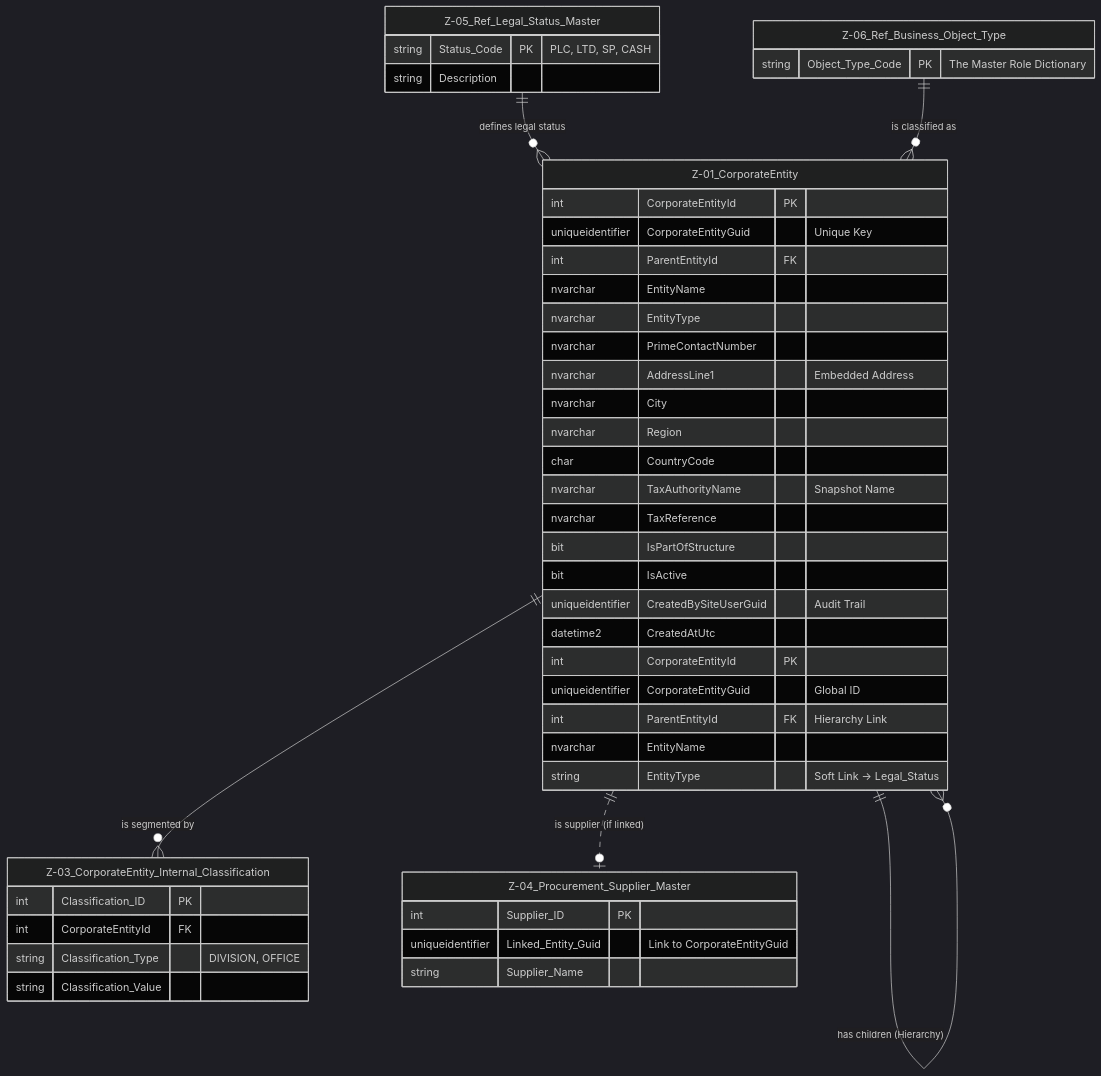
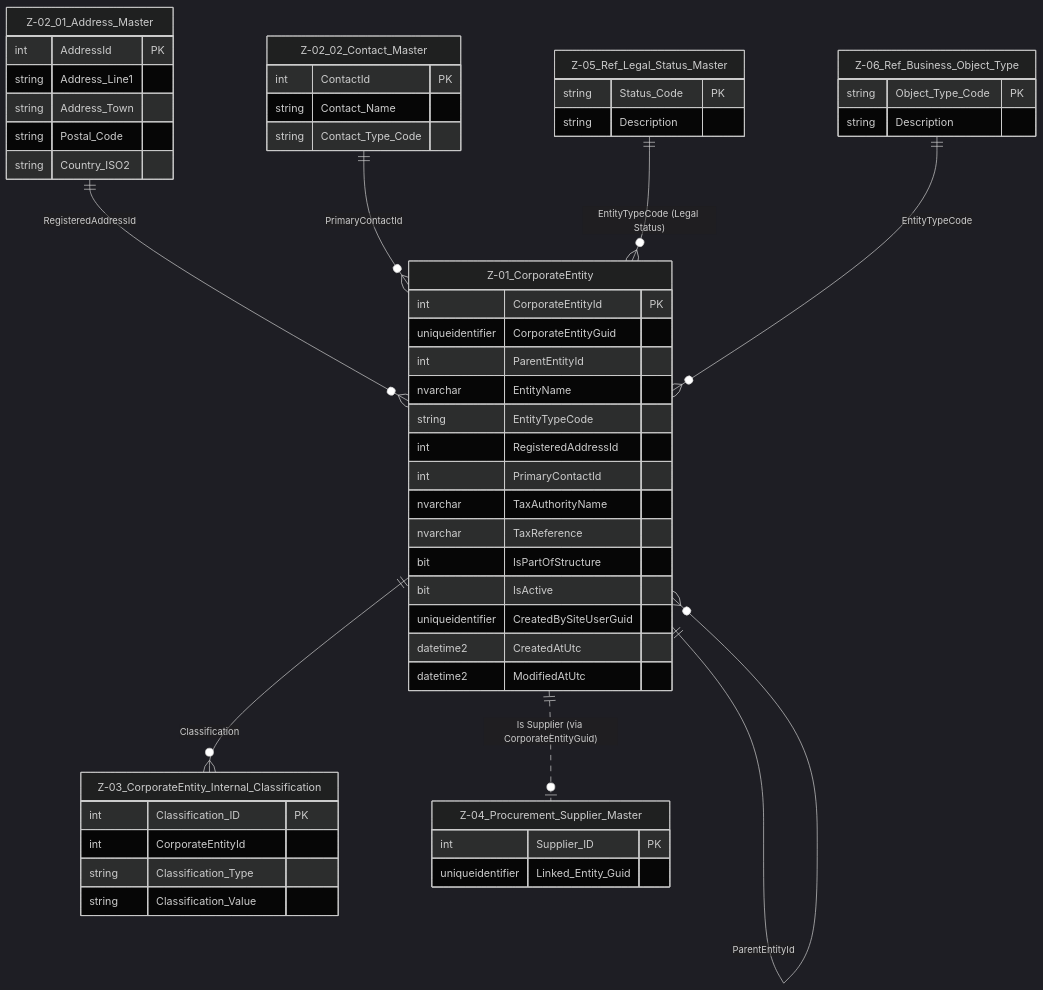
One commit to NeilWP/SUSTINA_CAB changed the diagram in 100 DATA MODELLING/Z- Data Entites/Corporate Domain/Z-01 CorporateEntity.md. Above: the diagram before and after it, drawn with Mermaid (dark theme). The commit also changed other lines of this file and 2 other files, not shown here.

Commit message:
Updating ERD for  Corporate Entity and Corp Entity History

````diff
--- a/100 DATA MODELLING/Z- Data Entites/Corporate Domain/Z-01 CorporateEntity.md
+++ b/100 DATA MODELLING/Z- Data Entites/Corporate Domain/Z-01 CorporateEntity.md
@@ -12,81 +44,91 @@
 ```mermaid
 erDiagram
-    %% =======================================================
-    %% THE CORE BUSINESS OBJECT
-    %% =======================================================
+
+    %% =======================================
+    %% CORPORATE ENTITY CORE
+    %% =======================================
     Z-01_CorporateEntity {
         int CorporateEntityId PK
-        uniqueidentifier CorporateEntityGuid "Unique Key"
-        int ParentEntityId FK
+        uniqueidentifier CorporateEntityGuid
+        int ParentEntityId
         nvarchar EntityName
-        nvarchar EntityType
-        nvarchar PrimeContactNumber
-        nvarchar AddressLine1 "Embedded Address"
-        nvarchar City
-        nvarchar Region
-        char CountryCode
-        nvarchar TaxAuthorityName "Snapshot Name"
+        string EntityTypeCode
+        int RegisteredAddressId
+        int PrimaryContactId
+        nvarchar TaxAuthorityName
         nvarchar TaxReference
         bit IsPartOfStructure
         bit IsActive
-        uniqueidentifier CreatedBySiteUserGuid "Audit Trail"
+        uniqueidentifier CreatedBySiteUserGuid
         datetime2 CreatedAtUtc
+        datetime2 ModifiedAtUtc
     }
 
-    %% RELATIONSHIP: Recursive Hierarchy (Parent/Child)
-    Z-01_CorporateEntity ||--o{ Z-01_CorporateEntity : "has children (Hierarchy)"
-
-
-
-    %% =======================================================
-    %% 1. THE CORE OBJECT (The Single Source)
-    %% =======================================================
-    Z-01_CorporateEntity {
-        int CorporateEntityId PK
-        uniqueidentifier CorporateEntityGuid "Global ID"
-        int ParentEntityId FK "Hierarchy Link"
-        nvarchar EntityName
-        string EntityType "Soft Link -> Legal_Status"
+    %% =======================================
+    %% DIRECTLY CONNECTED Z-02 ENTITIES
+    %% =======================================
+    Z-02_01_Address_Master {
+        int AddressId PK
+        string Address_Line1
+        string Address_Town
+        string Postal_Code
+        string Country_ISO2
     }
 
-    %% =======================================================
-    %% 2. NEW CLASSIFICATION STRUCTURES
-    %% =======================================================
+    Z-02_02_Contact_Master {
+        int ContactId PK
+        string Contact_Name
+        string Contact_Type_Code
+    }
+
+    %% =======================================
+    %% DIRECT CLASSIFICATION / ROLE LINKS
+    %% =======================================
+    Z-03_CorporateEntity_Internal_Classification {
+        int Classification_ID PK
+        int CorporateEntityId
+        string Classification_Type
+        string Classification_Value
+    }
+
+    Z-04_Procurement_Supplier_Master {
+        int Supplier_ID PK
+        uniqueidentifier Linked_Entity_Guid
+    }
+
     Z-05_Ref_Legal_Status_Master {
-        string Status_Code PK "PLC, LTD, SP, CASH"
+        string Status_Code PK
         string Description
     }
 
-    Z-03_CorporateEntity_Internal_Classification {
-        int Classification_ID PK
-        int CorporateEntityId FK
-        string Classification_Type "DIVISION, OFFICE"
-        string Classification_Value
+    Z-06_Ref_Business_Object_Type {
+        string Object_Type_Code PK
+        string Description
     }
 
-    Z-06_Ref_Business_Object_Type {
-        string Object_Type_Code PK "The Master Role Dictionary"
-    }
-    
-    Z-04_Procurement_Supplier_Master {
-        int Supplier_ID PK
-        uniqueidentifier Linked_Entity_Guid "Link to CorporateEntityGuid"
-        string Supplier_Name
-    }
+    %% =======================================
+    %% RELATIONSHIPS (LOGICAL ONLY)
+    %% =======================================
 
-    %% =======================================================
-    %% RELATIONSHIPS (LOGICAL SOFT LINKS)
-    %% =======================================================
+    %% CorporateEntity hierarchy
+    Z-01_CorporateEntity ||--o{ Z-01_CorporateEntity : "ParentEntityId"
 
-    %% A. Internal Hierarchy & Segmentation
-    Z-01_CorporateEntity ||--o{ Z-01_CorporateEntity : "has children (Hierarchy)"
-    Z-01_CorporateEntity ||--o{ Z-03_CorporateEntity_Internal_Classification : "is segmented by"
+    %% CorporateEntity → Address (Registered)
+    Z-02_01_Address_Master ||--o{ Z-01_CorporateEntity : "RegisteredAddressId"
 
-    %% B. External Identity & Legal Status
-    Z-05_Ref_Legal_Status_Master ||--o{ Z-01_CorporateEntity : "defines legal status"
-    Z-06_Ref_Business_Object_Type ||--o{ Z-01_CorporateEntity : "is classified as"
+    %% CorporateEntity → Contact (Primary)
+    Z-02_02_Contact_Master ||--o{ Z-01_CorporateEntity : "PrimaryContactId"
 
-    %% C. Role Overlap (Supplier/Client)
-    %% An entity becomes a supplier when linked in this table
-    Z-01_CorporateEntity ||..o| Z-04_Procurement_Supplier_Master : "is supplier (if linked)"
+    %% CorporateEntity → Internal Classification
+    Z-01_CorporateEntity ||--o{ Z-03_CorporateEntity_Internal_Classification : "Classification"
+
+    %% CorporateEntity → Legal Status
+    Z-05_Ref_Legal_Status_Master ||--o{ Z-01_CorporateEntity : "EntityTypeCode (Legal Status)"
+
+    %% CorporateEntity → Business Object Type
+    Z-06_Ref_Business_Object_Type ||--o{ Z-01_CorporateEntity : "EntityTypeCode"
+
+    %% CorporateEntity → Supplier Role
+    Z-01_CorporateEntity ||..o| Z-04_Procurement_Supplier_Master : "Is Supplier (via CorporateEntityGuid)"
+
 ```
````
